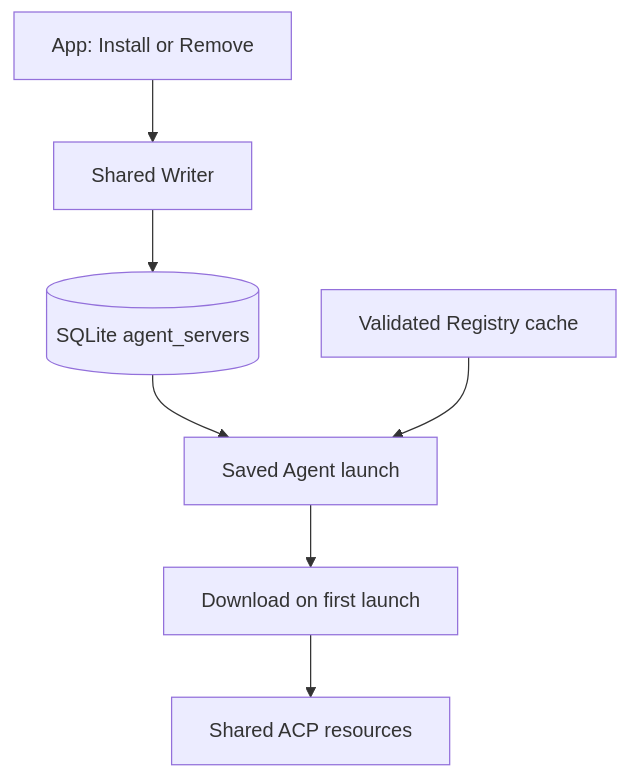
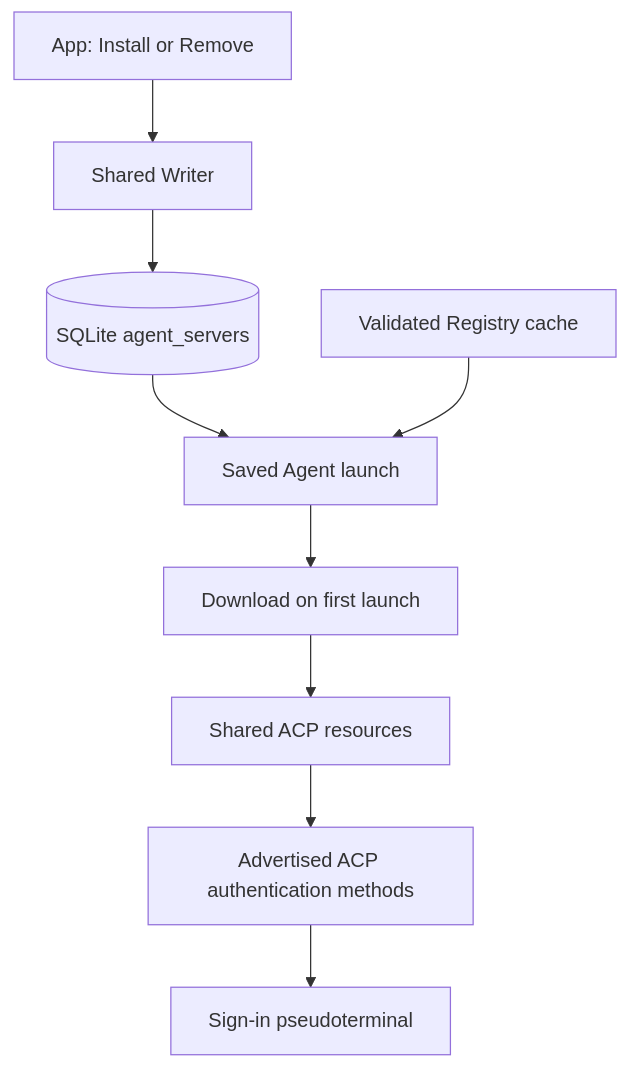
Before and after one commit to milad-alizadeh/argo-universal: the diagram in docs/adr/0015-one-agent-machine-runs-every-adapter.md, drawn with Mermaid. The commit also changed other lines of this file and 228 other files, not shown here.

````diff
--- a/docs/adr/0015-one-agent-machine-runs-every-adapter.md
+++ b/docs/adr/0015-one-agent-machine-runs-every-adapter.md
@@ -23,9 +23,11 @@
 ```mermaid
 flowchart TD
     App[App: Install or Remove] --> Writer[Shared Writer]
     Writer --> SQLite[(SQLite agent_servers)]
     SQLite --> Launch[Saved Agent launch]
     Registry[Validated Registry cache] --> Launch
     Launch --> Files[Download on first launch]
     Files --> ACP[Shared ACP resources]
+    ACP --> Auth[Advertised ACP authentication methods]
+    Auth --> Terminal[Sign-in pseudoterminal]
 ```
````
